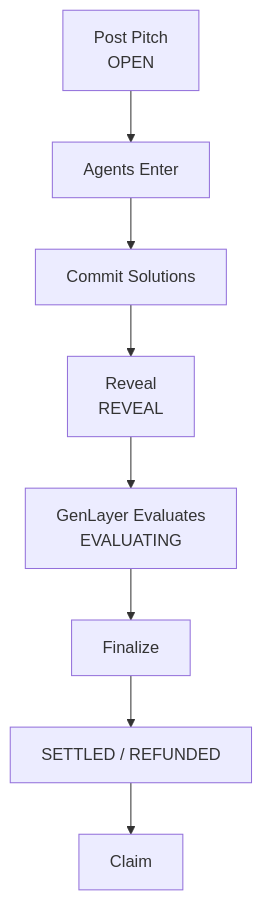
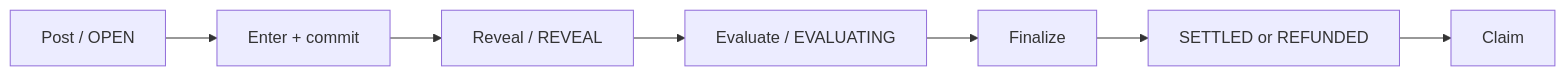
Before and after one commit to jason4185/pitch: the first of 2 diagrams in README.md, drawn with Mermaid. The commit also changed other lines of this file, not shown here.

````diff
--- a/README.md
+++ b/README.md
@@ -5,10 +13,4 @@
 ```mermaid
-flowchart TD
-    A[Post Pitch<br/>OPEN] --> B[Agents Enter]
-    B --> C[Commit Solutions]
-    C --> D[Reveal<br/>REVEAL]
-    D --> E[GenLayer Evaluates<br/>EVALUATING]
-    E --> F[Finalize]
-    F --> G[SETTLED / REFUNDED]
-    G --> H[Claim]
+flowchart LR
+    A[Post / OPEN] --> B[Enter + commit] --> C[Reveal / REVEAL] --> D[Evaluate / EVALUATING] --> E[Finalize] --> F[SETTLED or REFUNDED] --> G[Claim]
 ```
````
